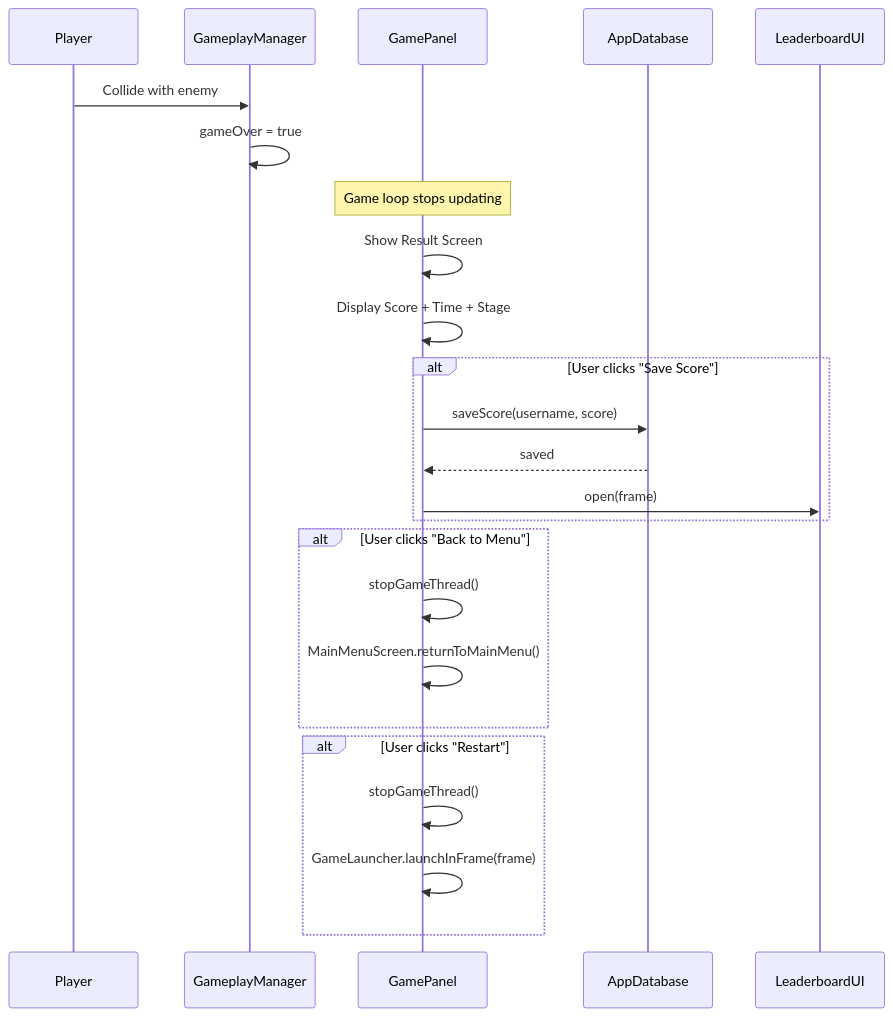
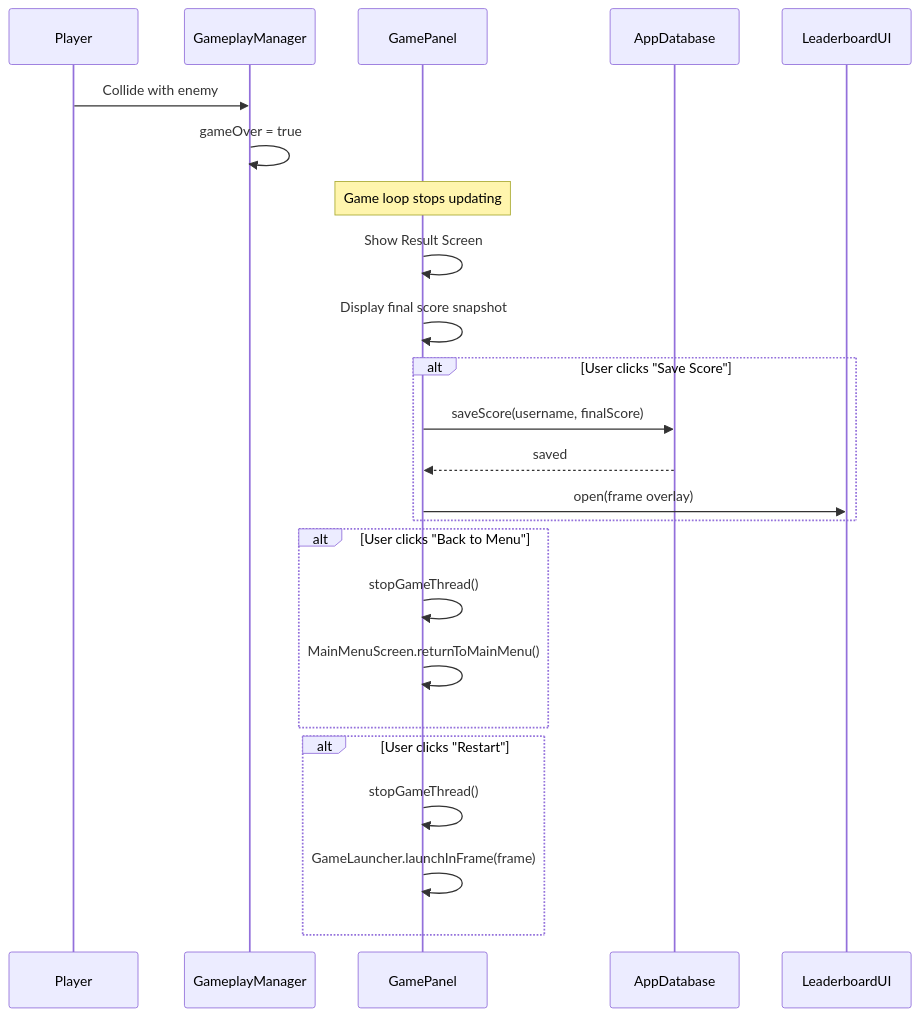
The fifth of 5 diagrams in GAMEPLAY_FLOW.md (zAxn1e/ayutthaya-racing), drawn with Mermaid before and after one commit. The commit also changed other lines of this file and 20 other files, not shown here.

````diff
--- a/GAMEPLAY_FLOW.md
+++ b/GAMEPLAY_FLOW.md
@@ -207,32 +207,32 @@
 ```mermaid
 sequenceDiagram
     participant P as Player
     participant GM as GameplayManager
     participant GP as GamePanel
     participant DB as AppDatabase
     participant LUI as LeaderboardUI
 
     P->>GM: Collide with enemy
     GM->>GM: gameOver = true
 
     Note over GP: Game loop stops updating
 
     GP->>GP: Show Result Screen
-    GP->>GP: Display Score + Time + Stage
+    GP->>GP: Display final score snapshot
 
     alt User clicks "Save Score"
-        GP->>DB: saveScore(username, score)
+        GP->>DB: saveScore(username, finalScore)
         DB-->>GP: saved
-        GP->>LUI: open(frame)
+        GP->>LUI: open(frame overlay)
     end
 
     alt User clicks "Back to Menu"
         GP->>GP: stopGameThread()
         GP->>GP: MainMenuScreen.returnToMainMenu()
     end
 
     alt User clicks "Restart"
         GP->>GP: stopGameThread()
         GP->>GP: GameLauncher.launchInFrame(frame)
     end
 ```
````
